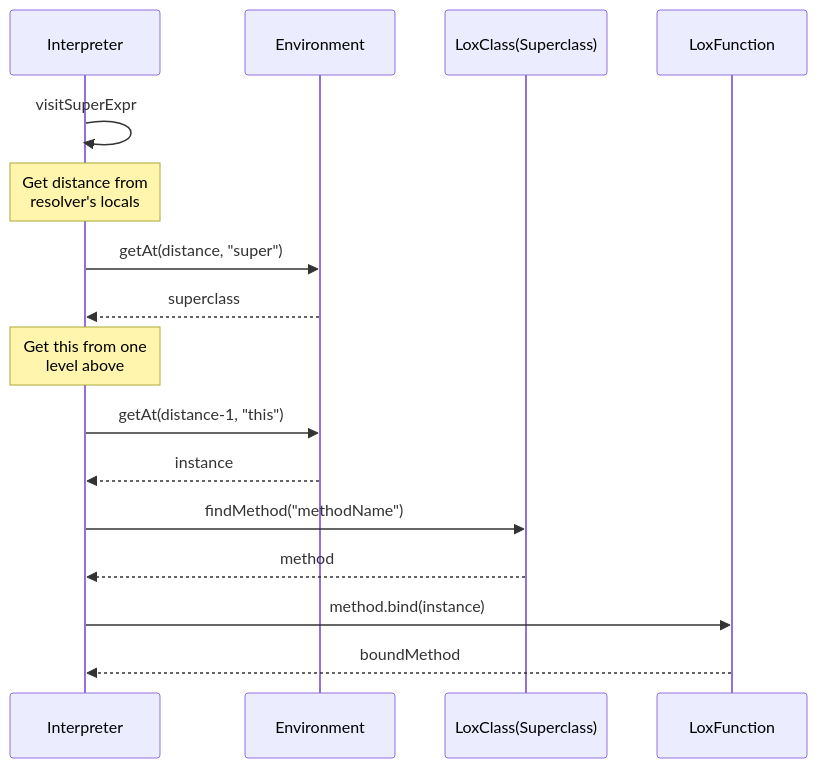
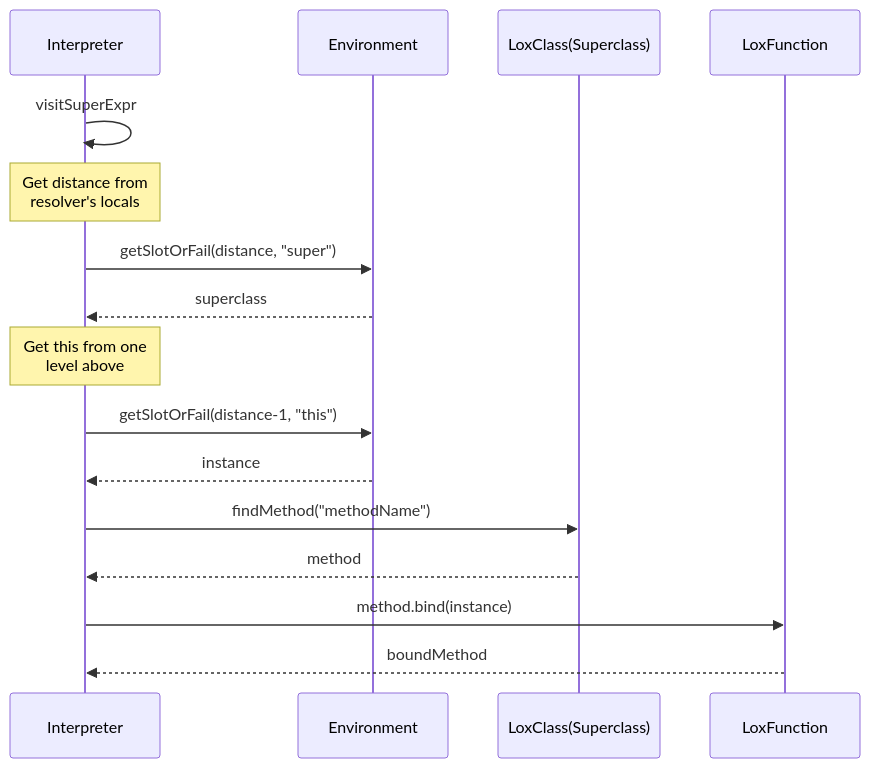
Diagram 12 of 14 in docs/CODE_FLOW.md (IshpreetSingh8264/Interpreter-Cpp), drawn with Mermaid before and after one commit. The commit also changed other lines of this file and 4 other files, not shown here.

First line of the commit message:
docs: README for the interpreter, and correct three claims in the flow docs

````diff
--- a/docs/CODE_FLOW.md
+++ b/docs/CODE_FLOW.md
@@ -350,23 +350,23 @@
 ```mermaid
 sequenceDiagram
     participant I as Interpreter
     participant E as Environment
     participant Super as LoxClass(Superclass)
     participant F as LoxFunction
   
     I->>I: visitSuperExpr
   
     Note over I: Get distance from<br>resolver's locals
-    I->>E: getAt(distance, "super")
+    I->>E: getSlotOrFail(distance, "super")
     E-->>I: superclass
   
     Note over I: Get this from one<br>level above
-    I->>E: getAt(distance-1, "this")
+    I->>E: getSlotOrFail(distance-1, "this")
     E-->>I: instance
   
     I->>Super: findMethod("methodName")
     Super-->>I: method
   
     I->>F: method.bind(instance)
     F-->>I: boundMethod
 ```
````
